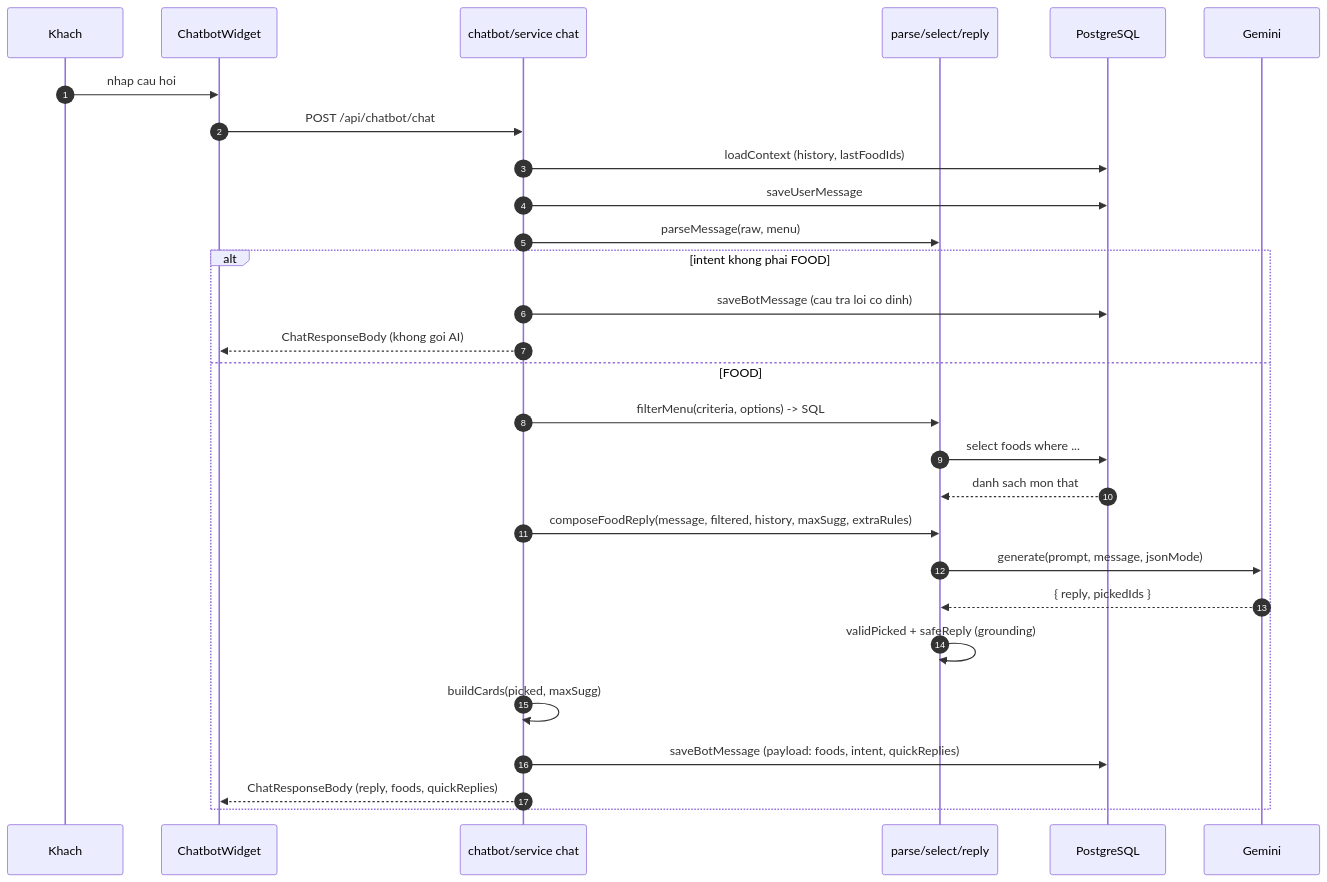
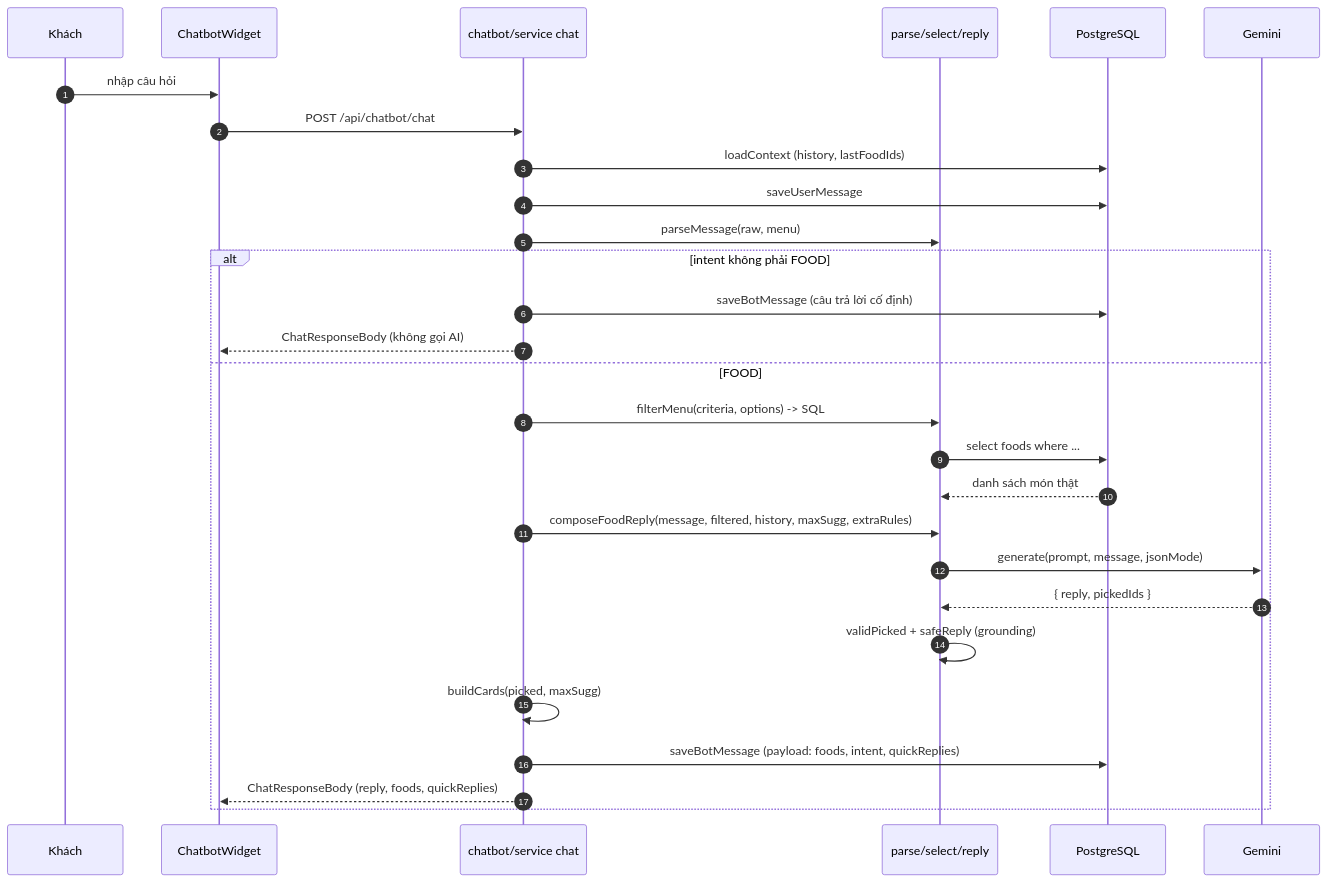
One commit to nghiaxh/food-ordering changed the first of 2 diagrams in wiki/Luong-chatbot.md. Above: the diagram before and after it, drawn with Mermaid. The commit also changed other lines of this file and 1 other file, not shown here.

Commit message:
docs: restore Vietnamese diacritics in chatbot and order flow pages (#155)

````diff
--- a/wiki/Luong-chatbot.md
+++ b/wiki/Luong-chatbot.md
@@ -15,30 +15,30 @@
 ```mermaid
 sequenceDiagram
   autonumber
-  participant U as Khach
+  participant U as Khách
   participant W as ChatbotWidget
   participant S as chatbot/service chat
   participant P as parse/select/reply
   participant D as PostgreSQL
   participant AI as Gemini
-  U->>W: nhap cau hoi
+  U->>W: nhập câu hỏi
   W->>S: POST /api/chatbot/chat
   S->>D: loadContext (history, lastFoodIds)
   S->>D: saveUserMessage
   S->>P: parseMessage(raw, menu)
-  alt intent khong phai FOOD
-    S->>D: saveBotMessage (cau tra loi co dinh)
-    S-->>W: ChatResponseBody (khong goi AI)
+  alt intent không phải FOOD
+    S->>D: saveBotMessage (câu trả lời cố định)
+    S-->>W: ChatResponseBody (không gọi AI)
   else FOOD
     S->>P: filterMenu(criteria, options) -> SQL
     P->>D: select foods where ...
-    D-->>P: danh sach mon that
+    D-->>P: danh sách món thật
     S->>P: composeFoodReply(message, filtered, history, maxSugg, extraRules)
     P->>AI: generate(prompt, message, jsonMode)
     AI-->>P: { reply, pickedIds }
     P->>P: validPicked + safeReply (grounding)
     S->>S: buildCards(picked, maxSugg)
     S->>D: saveBotMessage (payload: foods, intent, quickReplies)
     S-->>W: ChatResponseBody (reply, foods, quickReplies)
   end
 ```
````
